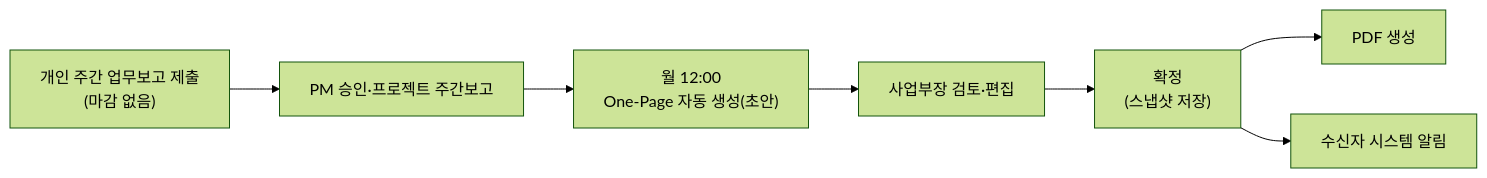
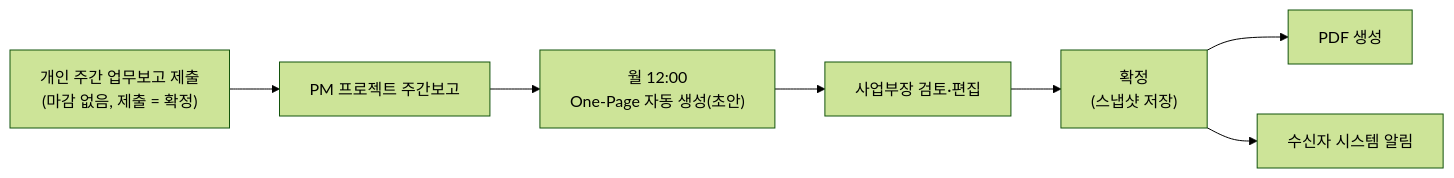
Before and after one commit to toddkim-rgb/BT_HRM: diagram 13 of 14 in SM_SI_인력관리시스템_명세서.md, drawn with Mermaid (forest theme). The commit also changed other lines of this file and 28 other files, not shown here.

First line of the commit message:
이메일 로그인, 입사·퇴사일 삭제, 주간보고 승인 삭제, 다중 프로젝트 투입

````diff
--- a/SM_SI_인력관리시스템_명세서.md
+++ b/SM_SI_인력관리시스템_명세서.md
@@ -664,9 +697,9 @@
 ```mermaid
 flowchart LR
-  A0["개인 주간 업무보고 제출<br/>(마감 없음)"] --> A1["PM 승인·프로젝트 주간보고"]
+  A0["개인 주간 업무보고 제출<br/>(마감 없음, 제출 = 확정)"] --> A1["PM 프로젝트 주간보고"]
   A1 --> A["월 12:00<br/>One-Page 자동 생성(초안)"]
   A --> C["사업부장 검토·편집"]
   C --> D["확정<br/>(스냅샷 저장)"]
   D --> E["PDF 생성"]
   D --> F["수신자 시스템 알림"]
 ```
````
